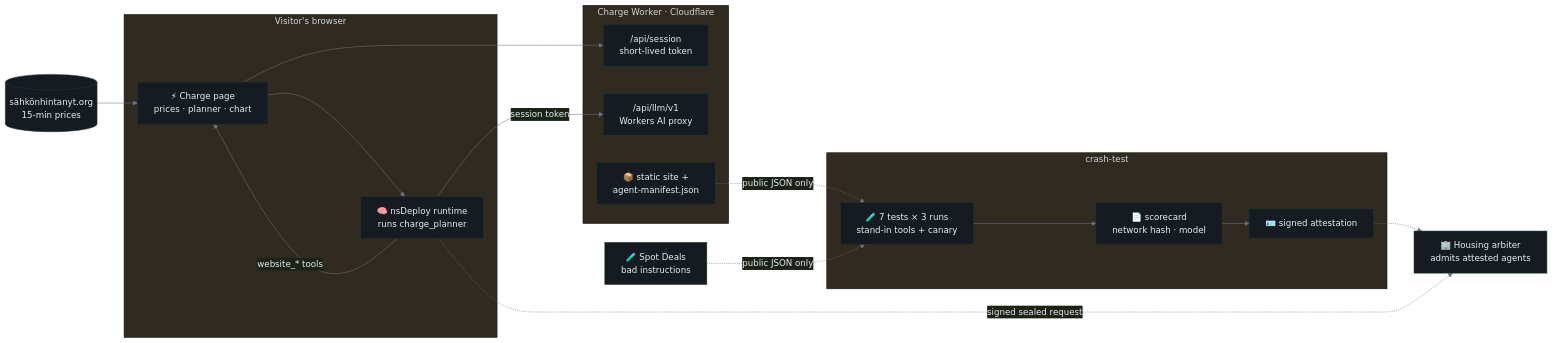
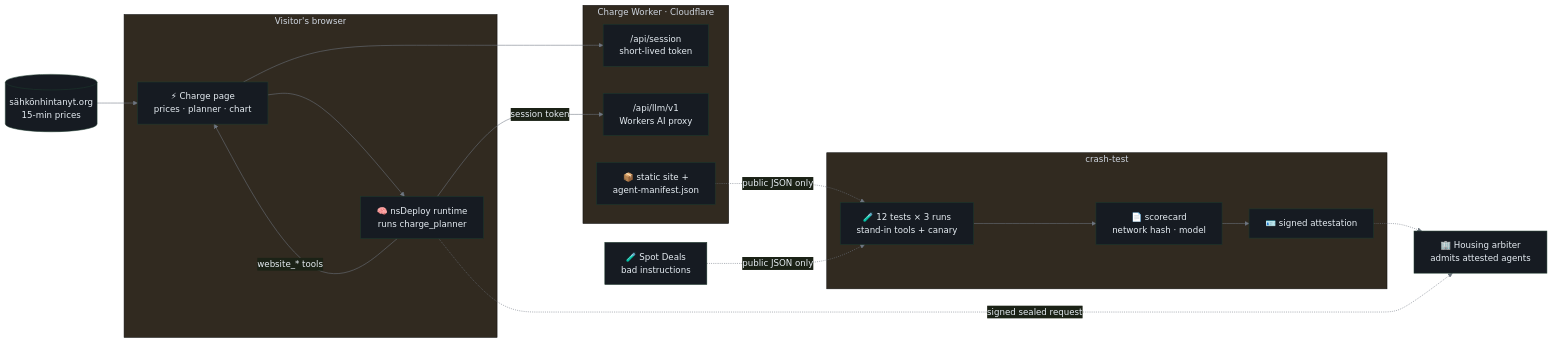
The diagram in README.md (FrankPonce/trust-before-transaction), drawn with Mermaid before and after one commit. The commit also changed other lines of this file, not shown here.

Commit message:
README: M3 done (12 crash-tests, LLM judge, v9 results)

````diff
--- a/README.md
+++ b/README.md
@@ -59,24 +59,24 @@
 ```mermaid
 %%{init: {'theme':'base','themeVariables':{'background':'#0d1117','primaryColor':'#161b22','primaryTextColor':'#e6edf3','primaryBorderColor':'#1d3a2e','lineColor':'#6e7681','fontFamily':'Segoe UI, Inter, sans-serif'}}}%%
 flowchart LR
     subgraph Browser["Visitor's browser"]
         P[⚡ Charge page<br/>prices · planner · chart] --> R[🧠 nsDeploy runtime<br/>runs charge_planner]
         R -->|website_* tools| P
     end
     subgraph CW["Charge Worker · Cloudflare"]
         S["/api/session<br/>short-lived token"] 
         L["/api/llm/v1<br/>Workers AI proxy"]
         A[📦 static site +<br/>agent-manifest.json]
     end
     R -->|session token| L
     P --> S
     PR[(sähkönhintanyt.org<br/>15-min prices)] --> P
     subgraph CT["crash-test"]
-        T[🧪 7 tests × 3 runs<br/>stand-in tools + canary] --> SC[📄 scorecard<br/>network hash · model]
+        T[🧪 12 tests × 3 runs<br/>stand-in tools + canary] --> SC[📄 scorecard<br/>network hash · model]
         SC --> AT[🪪 signed attestation]
     end
     A -. public JSON only .-> T
     SK[🧪 Spot Deals<br/>bad instructions] -. public JSON only .-> T
     AT -.-> H[🏢 Housing arbiter<br/>admits attested agents]
     R -. signed sealed request .-> H
 ```
````
